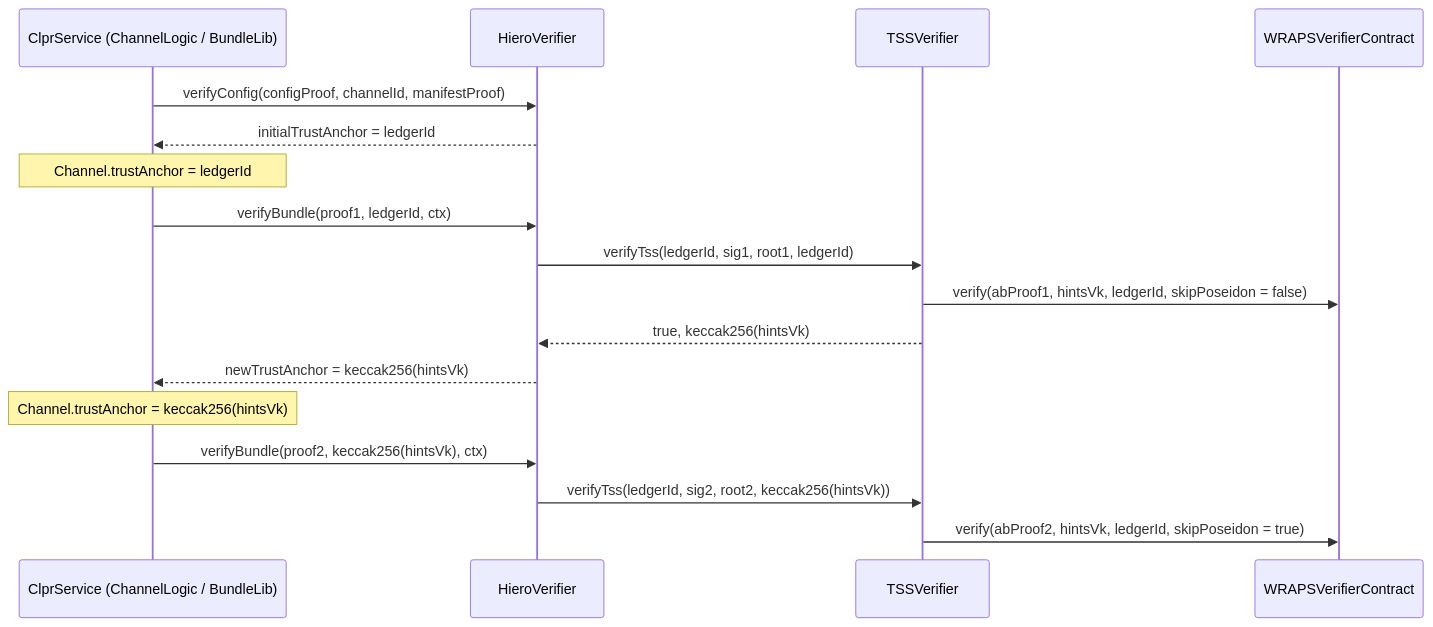
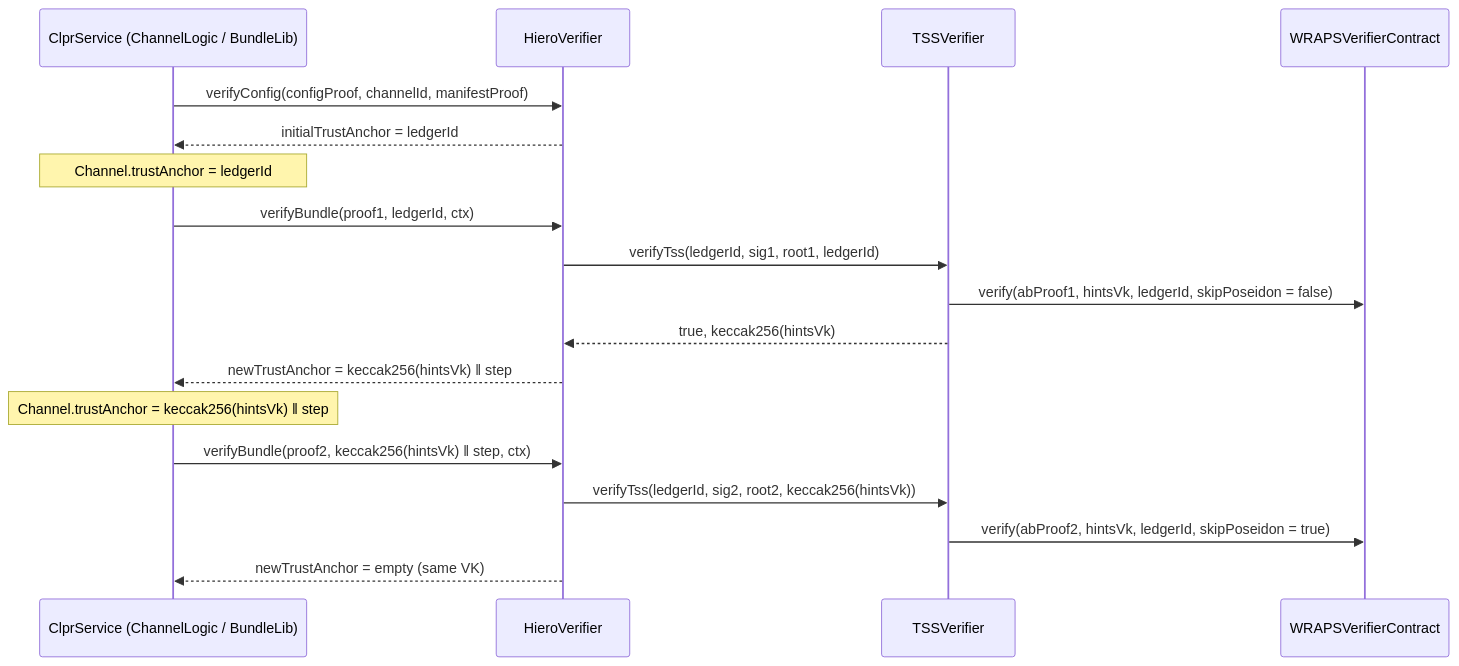
The third of 7 diagrams in src/verifiers/hiero/hiero-verifier.md (LFDT-CLPR/clpr-smart-contracts), drawn with Mermaid before and after one commit. The commit also changed other lines of this file and 7 other files, not shown here.

Commit message:
fix: trustAnchor regression

````diff
--- a/src/verifiers/hiero/hiero-verifier.md
+++ b/src/verifiers/hiero/hiero-verifier.md
@@ -95,19 +96,20 @@
 ```mermaid
 sequenceDiagram
     participant S as ClprService (ChannelLogic / BundleLib)
     participant HV as HieroVerifier
     participant T as TSSVerifier
     participant W as WRAPSVerifierContract
     S->>HV: verifyConfig(configProof, channelId, manifestProof)
     HV-->>S: initialTrustAnchor = ledgerId
     Note over S: Channel.trustAnchor = ledgerId
     S->>HV: verifyBundle(proof1, ledgerId, ctx)
     HV->>T: verifyTss(ledgerId, sig1, root1, ledgerId)
     T->>W: verify(abProof1, hintsVk, ledgerId, skipPoseidon = false)
     T-->>HV: true, keccak256(hintsVk)
-    HV-->>S: newTrustAnchor = keccak256(hintsVk)
-    Note over S: Channel.trustAnchor = keccak256(hintsVk)
-    S->>HV: verifyBundle(proof2, keccak256(hintsVk), ctx)
+    HV-->>S: newTrustAnchor = keccak256(hintsVk) ‖ step
+    Note over S: Channel.trustAnchor = keccak256(hintsVk) ‖ step
+    S->>HV: verifyBundle(proof2, keccak256(hintsVk) ‖ step, ctx)
     HV->>T: verifyTss(ledgerId, sig2, root2, keccak256(hintsVk))
     T->>W: verify(abProof2, hintsVk, ledgerId, skipPoseidon = true)
+    HV-->>S: newTrustAnchor = empty (same VK)
 ```
````
